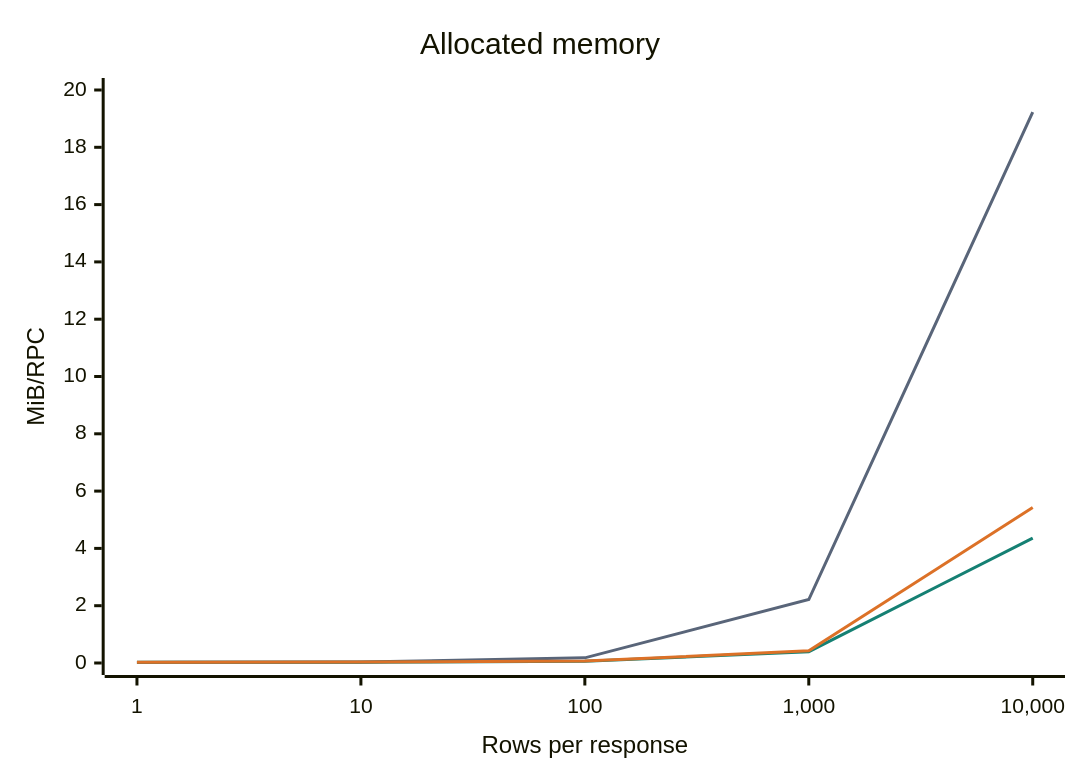
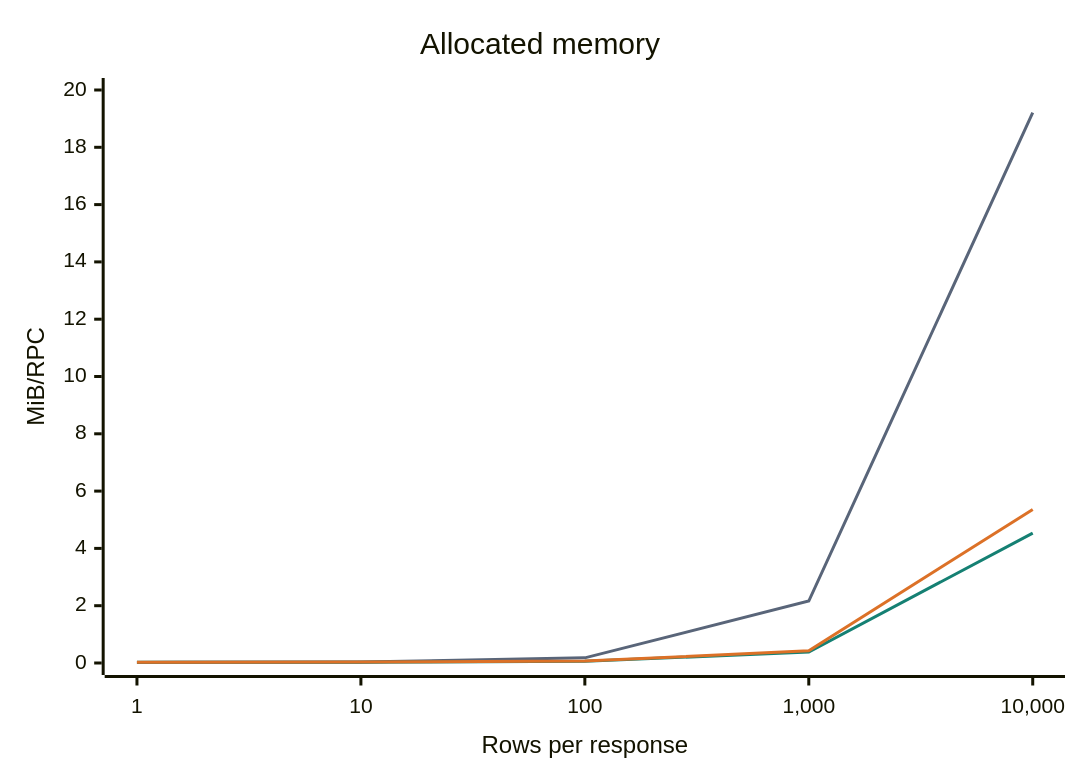
The second of 3 diagrams in QUERY.md (ydb-platform/ydb-go-sdk), drawn with Mermaid before and after one commit. The commit also changed other lines of this file and 7 other files, not shown here.

Commit message:
query: fix Arrow review issues and refresh benchmark charts

````diff
--- a/QUERY.md
+++ b/QUERY.md
@@ -245,15 +245,15 @@
 ```mermaid
 ---
 config:
   themeVariables:
     xyChart:
       plotColorPalette: "#596579, #158073, #dc7127"
 ---
 xychart-beta
     title "Allocated memory"
     x-axis "Rows per response" ["1", "10", "100", "1,000", "10,000"]
     y-axis "MiB/RPC" 0 --> 20
-    line "Value" [0.021, 0.035, 0.179, 2.215, 19.226]
-    line "QueryArrow" [0.026, 0.029, 0.059, 0.394, 4.361]
-    line "WithResultFormatArrow" [0.029, 0.033, 0.066, 0.425, 5.430]
+    line "Value" [0.021, 0.035, 0.179, 2.164, 19.206]
+    line "QueryArrow" [0.026, 0.029, 0.059, 0.385, 4.535]
+    line "WithResultFormatArrow" [0.029, 0.033, 0.066, 0.426, 5.361]
 ```
````
